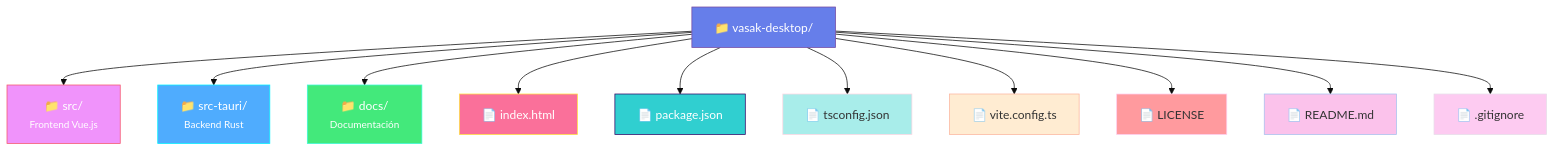
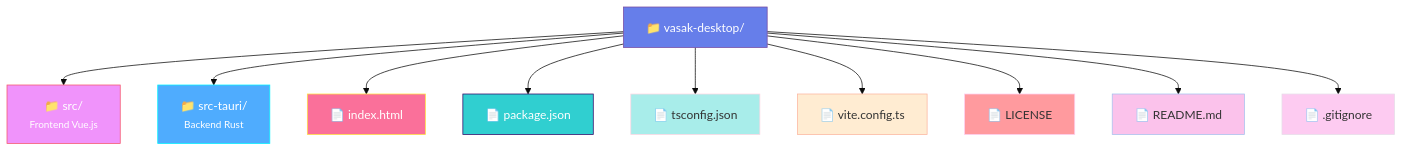
Before and after one commit to Vasak-OS/website: the first of 11 diagrams in content/docs/devs/vasak-desktop/carpetas.md, drawn with Mermaid (base theme). The commit also changed other lines of this file, not shown here.

Commit message:
feat: Update folder structure documentation with detailed Mermaid diagrams for interfaces, layouts, routes, tools, types, and views

```diff
--- a/content/docs/devs/vasak-desktop/carpetas.md
+++ b/content/docs/devs/vasak-desktop/carpetas.md
@@ -10,27 +10,25 @@
 {{< mermaid >}}
 graph TD
     Root["📁 vasak-desktop/"]
     
     Root --> Src["📁 src/<br/><small>Frontend Vue.js</small>"]
     Root --> SrcTauri["📁 src-tauri/<br/><small>Backend Rust</small>"]
-    Root --> Docs["📁 docs/<br/><small>Documentación</small>"]
     Root --> IndexHTML["📄 index.html"]
     Root --> PackageJSON["📄 package.json"]
     Root --> TSConfig["📄 tsconfig.json"]
     Root --> ViteConfig["📄 vite.config.ts"]
     Root --> License["📄 LICENSE"]
     Root --> Readme["📄 README.md"]
     Root --> GitIgnore["📄 .gitignore"]
     
     style Root fill:#667eea,stroke:#764ba2,color:#fff
     style Src fill:#f093fb,stroke:#f5576c,color:#fff
     style SrcTauri fill:#4facfe,stroke:#00f2fe,color:#fff
-    style Docs fill:#43e97b,stroke:#38f9d7,color:#fff
     style IndexHTML fill:#fa709a,stroke:#fee140,color:#fff
     style PackageJSON fill:#30cfd0,stroke:#330867,color:#fff
     style TSConfig fill:#a8edea,stroke:#fed6e3,color:#333
     style ViteConfig fill:#ffecd2,stroke:#fcb69f,color:#333
     style License fill:#ff9a9e,stroke:#fecfef,color:#333
     style Readme fill:#fbc2eb,stroke:#a6c1ee,color:#333
     style GitIgnore fill:#fdcbf1,stroke:#e6dee9,color:#333
 {{< /mermaid >}}
```
